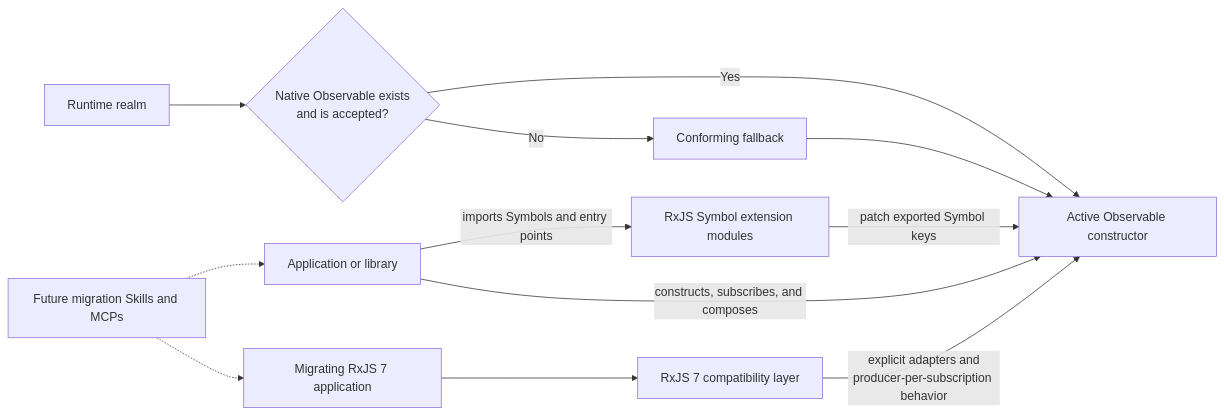
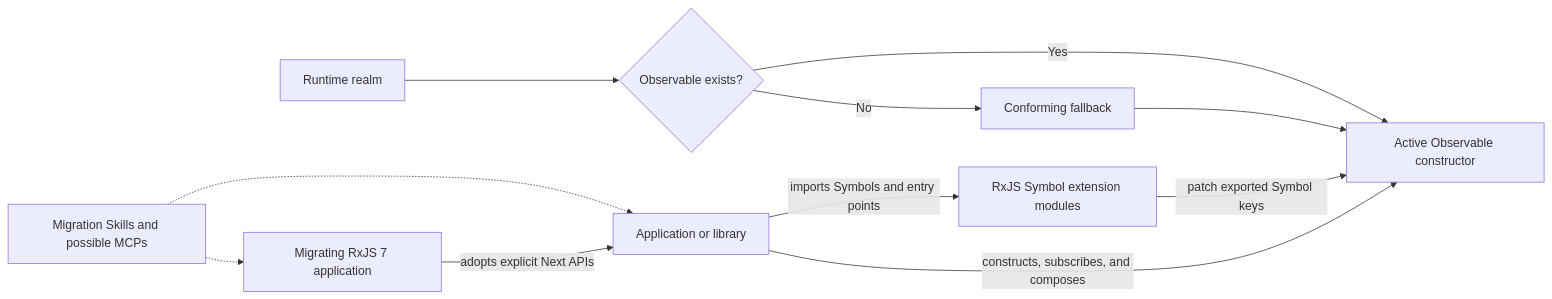
Before and after one commit to ReactiveX/rxjs: the first of 3 diagrams in docs/rxjs-next/ARCHITECTURE.md, drawn with Mermaid. The commit also changed other lines of this file and 5 other files, not shown here.

````diff
--- a/docs/rxjs-next/ARCHITECTURE.md
+++ b/docs/rxjs-next/ARCHITECTURE.md
@@ -46,17 +47,15 @@
 ```mermaid
 flowchart LR
-    Runtime["Runtime realm"] --> Native{"Native Observable exists<br/>and is accepted?"}
+    Runtime["Runtime realm"] --> Native{"Observable exists?"}
     Native -->|Yes| Active["Active Observable constructor"]
     Native -->|No| Polyfill["Conforming fallback"]
     Polyfill --> Active
 
     Extensions["RxJS Symbol extension modules"] -->|patch exported Symbol keys| Active
     App["Application or library"] -->|imports Symbols and entry points| Extensions
     App -->|constructs, subscribes, and composes| Active
 
-    Compatibility["RxJS 7 compatibility layer"] -->|explicit adapters and<br/>producer-per-subscription behavior| Active
-    Legacy["Migrating RxJS 7 application"] --> Compatibility
-
-    Tooling["Future migration Skills and MCPs"] -.-> App
+    Tooling["Migration Skills and possible MCPs"] -.-> App
+    Legacy["Migrating RxJS 7 application"] -->|adopts explicit Next APIs| App
     Tooling -.-> Legacy
 ```
````
